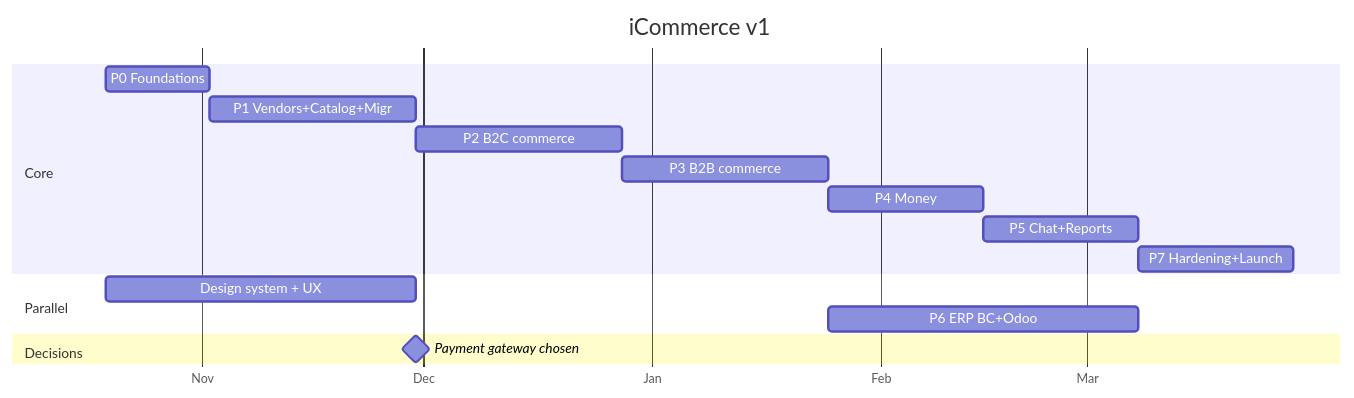
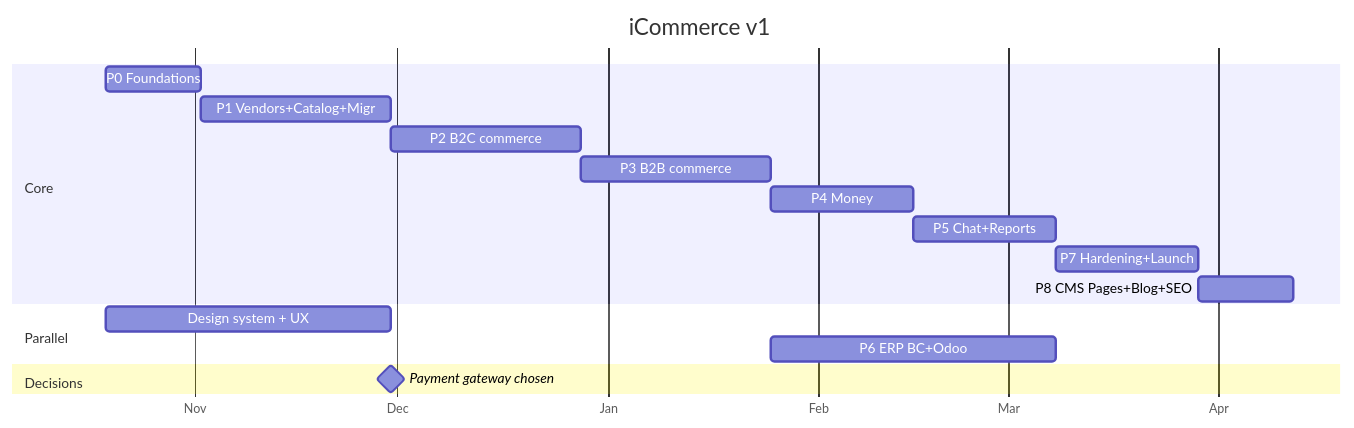
The diagram in project_docs/03-roadmap.md (mg-gouda/iCommerce), drawn with Mermaid before and after one commit. The commit also changed other lines of this file and 1 other file, not shown here.

First line of the commit message:
docs: add P8 CMS (pages, blog, SEO) to roadmap

````diff
--- a/project_docs/03-roadmap.md
+++ b/project_docs/03-roadmap.md
@@ -18,19 +19,20 @@
 ```mermaid
 gantt
   dateFormat  YYYY-MM-DD
   axisFormat  %b
   title iCommerce v1
   section Core
   P0 Foundations           :p0, 2026-10-19, 2w
   P1 Vendors+Catalog+Migr  :p1, after p0, 4w
   P2 B2C commerce          :p2, after p1, 4w
   P3 B2B commerce          :p3, after p2, 4w
   P4 Money                 :p4, after p3, 3w
   P5 Chat+Reports          :p5, after p4, 3w
   P7 Hardening+Launch      :p7, after p5, 3w
+  P8 CMS Pages+Blog+SEO    :p8, after p7, 2w
   section Parallel
   Design system + UX       :d1, 2026-10-19, 6w
   P6 ERP BC+Odoo           :p6, after p3, 6w
   section Decisions
   Payment gateway chosen   :milestone, g1, after p1, 0d
 ```
````
